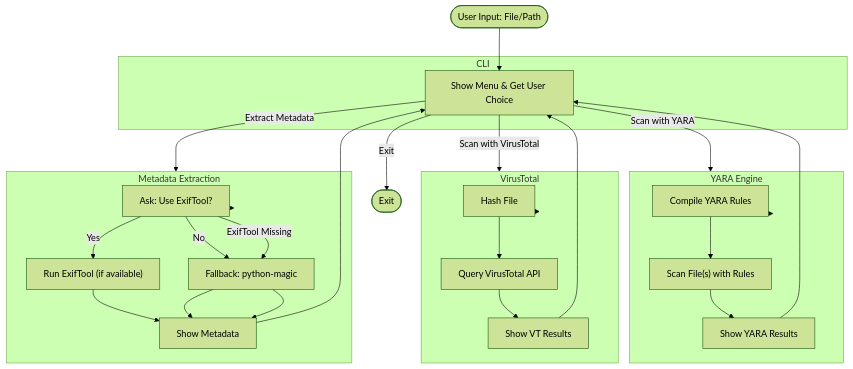
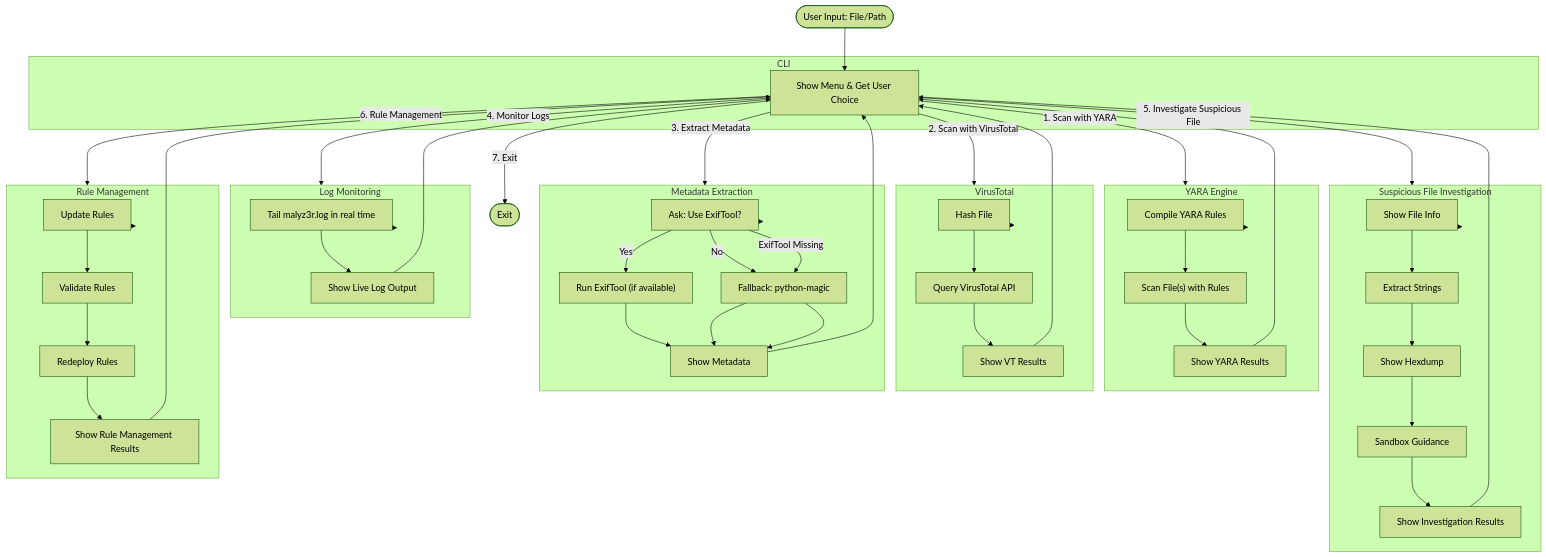
The diagram in README.md (gl1tch0x1/malyz3r), drawn with Mermaid (forest theme) before and after one commit. The commit also changed other lines of this file, not shown here.

Commit message:
updated workflow architecture diagram

````diff
--- a/README.md
+++ b/README.md
@@ -187,40 +212,66 @@
 ```mermaid
 flowchart TD
   Start([User Input: File/Path])
   subgraph CLI
     Menu["Show Menu & Get User Choice"]
   end
   Start --> Menu
-  Menu -->|Scan with YARA| YARA
-  Menu -->|Scan with VirusTotal| VT
-  Menu -->|Extract Metadata| Meta
-  Menu -->|Exit| End([Exit])
+  Menu -->|1. Scan with YARA| YARA
+  Menu -->|2. Scan with VirusTotal| VT
+  Menu -->|3. Extract Metadata| Meta
+  Menu -->|4. Monitor Logs| LogMon
+  Menu -->|5. Investigate Suspicious File| Investigate
+  Menu -->|6. Rule Management| RuleMgmt
+  Menu -->|7. Exit| End([Exit])
 
   subgraph YARA["YARA Engine"]
     YARACompile["Compile YARA Rules"]
     YARAScan["Scan File(s) with Rules"]
     YARAResult["Show YARA Results"]
   end
   YARA --> YARACompile --> YARAScan --> YARAResult
   YARAResult --> Menu
 
   subgraph VT["VirusTotal"]
     Hash["Hash File"]
     VTAPI["Query VirusTotal API"]
     VTResult["Show VT Results"]
   end
   VT --> Hash --> VTAPI --> VTResult
   VTResult --> Menu
 
   subgraph Meta["Metadata Extraction"]
     MetaCheck["Ask: Use ExifTool?"]
     ExifTool["Run ExifTool (if available)"]
     PyMagic["Fallback: python-magic"]
     MetaResult["Show Metadata"]
   end
   Meta --> MetaCheck
   MetaCheck -->|Yes| ExifTool --> MetaResult
   MetaCheck -->|No| PyMagic --> MetaResult
   MetaCheck -->|ExifTool Missing| PyMagic --> MetaResult
   MetaResult --> Menu
+
+  subgraph LogMon["Log Monitoring"]
+    TailLog["Tail malyz3r.log in real time"]
+    LogMonResult["Show Live Log Output"]
+  end
+  LogMon --> TailLog --> LogMonResult --> Menu
+
+  subgraph Investigate["Suspicious File Investigation"]
+    FileInfo["Show File Info"]
+    Strings["Extract Strings"]
+    Hexdump["Show Hexdump"]
+    Sandbox["Sandbox Guidance"]
+    InvResult["Show Investigation Results"]
+  end
+  Investigate --> FileInfo --> Strings --> Hexdump --> Sandbox --> InvResult --> Menu
+
+  subgraph RuleMgmt["Rule Management"]
+    UpdateRules["Update Rules"]
+    ValidateRules["Validate Rules"]
+    RedeployRules["Redeploy Rules"]
+    RuleMgmtResult["Show Rule Management Results"]
+  end
+  RuleMgmt --> UpdateRules --> ValidateRules --> RedeployRules --> RuleMgmtResult --> Menu
 ```
````
